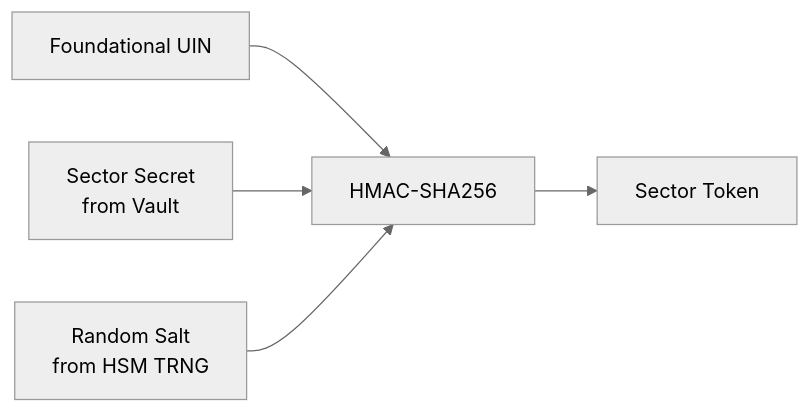
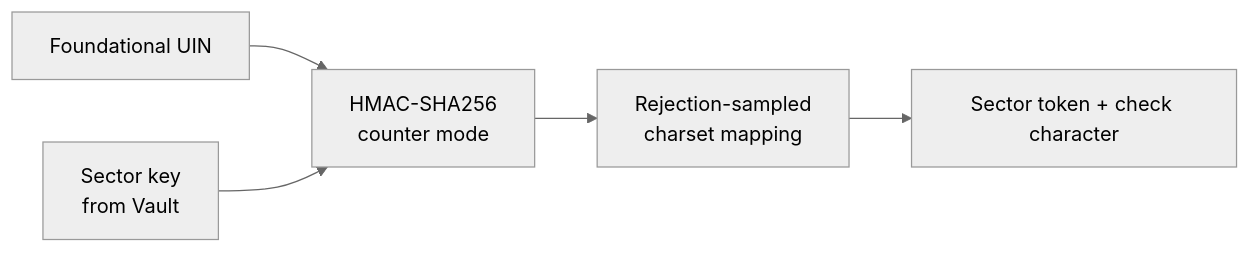
One commit to tunjidurodola/osia_uin_generator changed the fourth of 5 diagrams in README.md. Above: the diagram before and after it, drawn with Mermaid (neutral theme). The commit also changed other lines of this file and 1 other file, not shown here.

````diff
--- a/README.md
+++ b/README.md
@@ -515,7 +567,7 @@
 ```mermaid
 flowchart LR
-    UIN[Foundational UIN] --> HMAC[HMAC-SHA256]
-    SECRET[Sector Secret<br/>from Vault] --> HMAC
-    SALT[Random Salt<br/>from HSM TRNG] --> HMAC
-    HMAC --> TOKEN[Sector Token]
+    UIN[Foundational UIN] --> HMAC[HMAC-SHA256<br/>counter mode]
+    SECRET[Sector key<br/>from Vault] --> HMAC
+    HMAC --> MAP[Rejection-sampled<br/>charset mapping]
+    MAP --> TOKEN[Sector token + check character]
 ```
````
